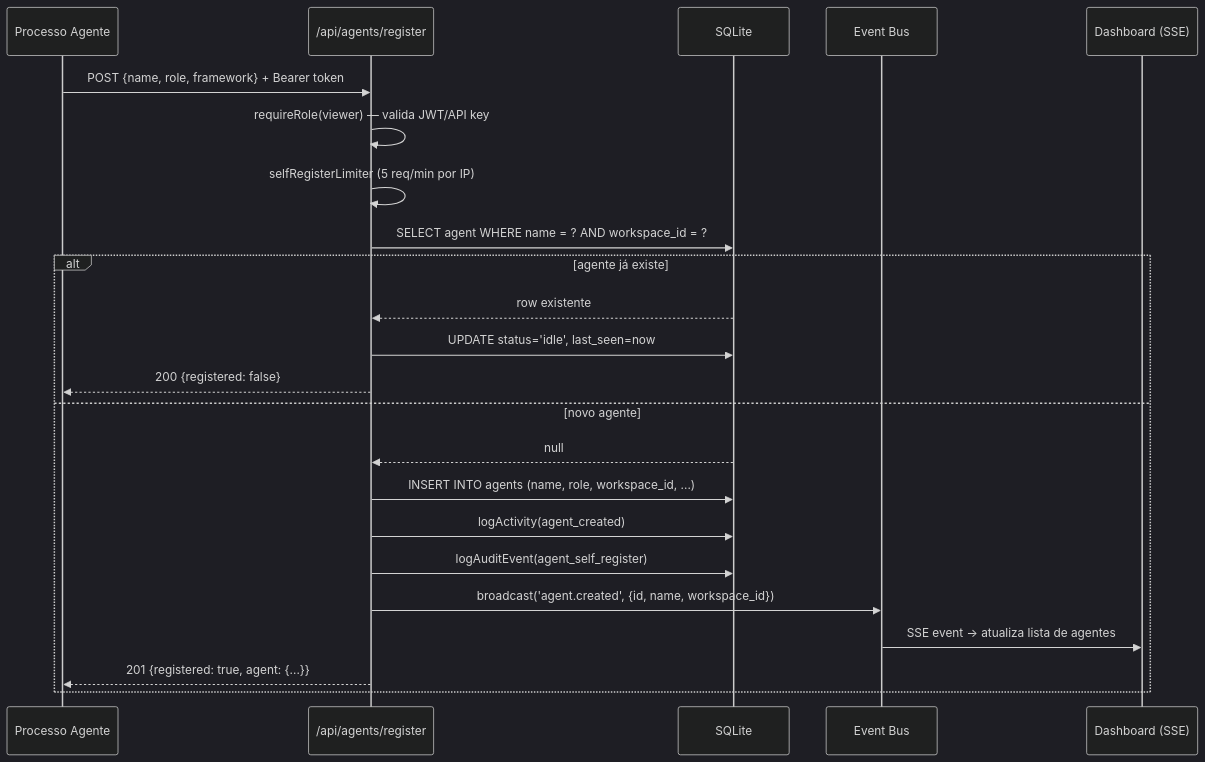
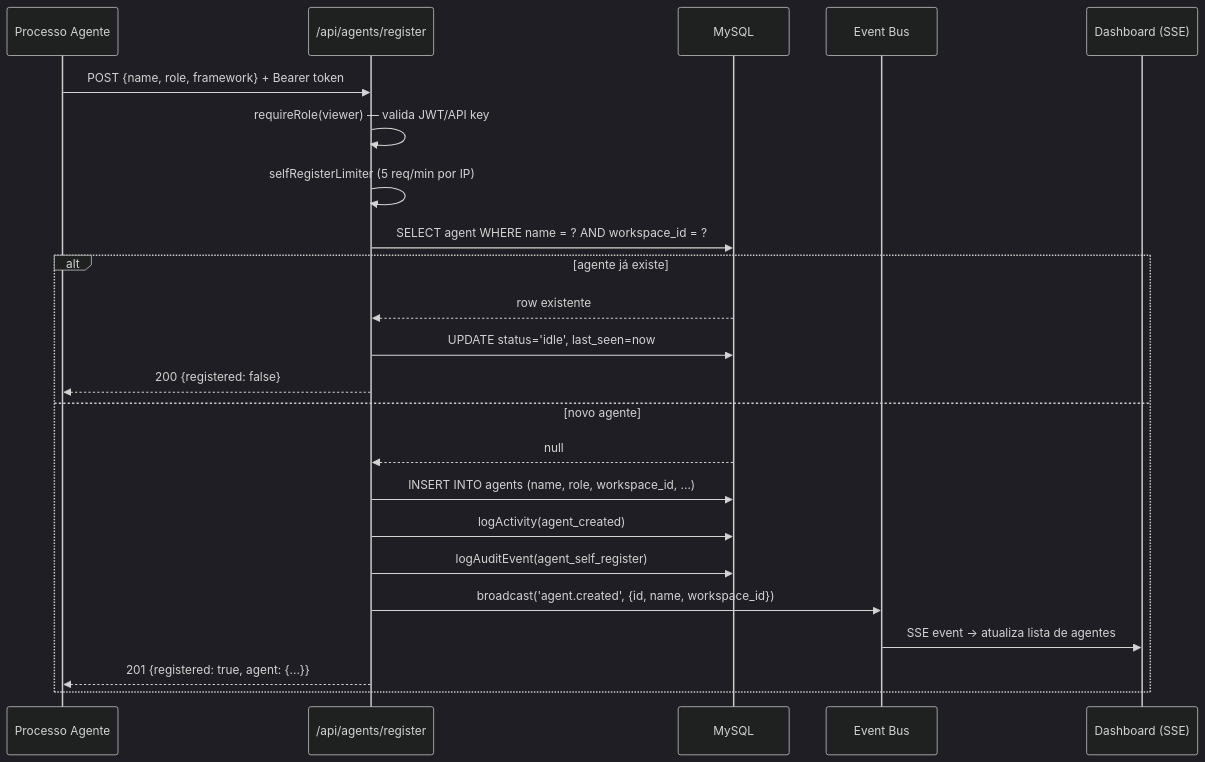
The second of 8 diagrams in README.md (kamilaalves1/auraefi), drawn with Mermaid (dark theme) before and after one commit. The commit also changed other lines of this file, not shown here.

Commit message:
docs: atualiza README para AURA com MySQL, modo econômico e skill viewer

````diff
--- a/README.md
+++ b/README.md
@@ -115,26 +117,26 @@
 ```mermaid
 sequenceDiagram
     participant AG as Processo Agente
     participant API as /api/agents/register
-    participant DB as SQLite
+    participant DB as MySQL
     participant EB as Event Bus
     participant UI as Dashboard (SSE)
 
     AG->>API: POST {name, role, framework} + Bearer token
     API->>API: requireRole(viewer) — valida JWT/API key
     API->>API: selfRegisterLimiter (5 req/min por IP)
     API->>DB: SELECT agent WHERE name = ? AND workspace_id = ?
     alt agente já existe
         DB-->>API: row existente
         API->>DB: UPDATE status='idle', last_seen=now
         API-->>AG: 200 {registered: false}
     else novo agente
         DB-->>API: null
         API->>DB: INSERT INTO agents (name, role, workspace_id, ...)
         API->>DB: logActivity(agent_created)
         API->>DB: logAuditEvent(agent_self_register)
         API->>EB: broadcast('agent.created', {id, name, workspace_id})
         EB->>UI: SSE event → atualiza lista de agentes
         API-->>AG: 201 {registered: true, agent: {...}}
     end
 ```
````
